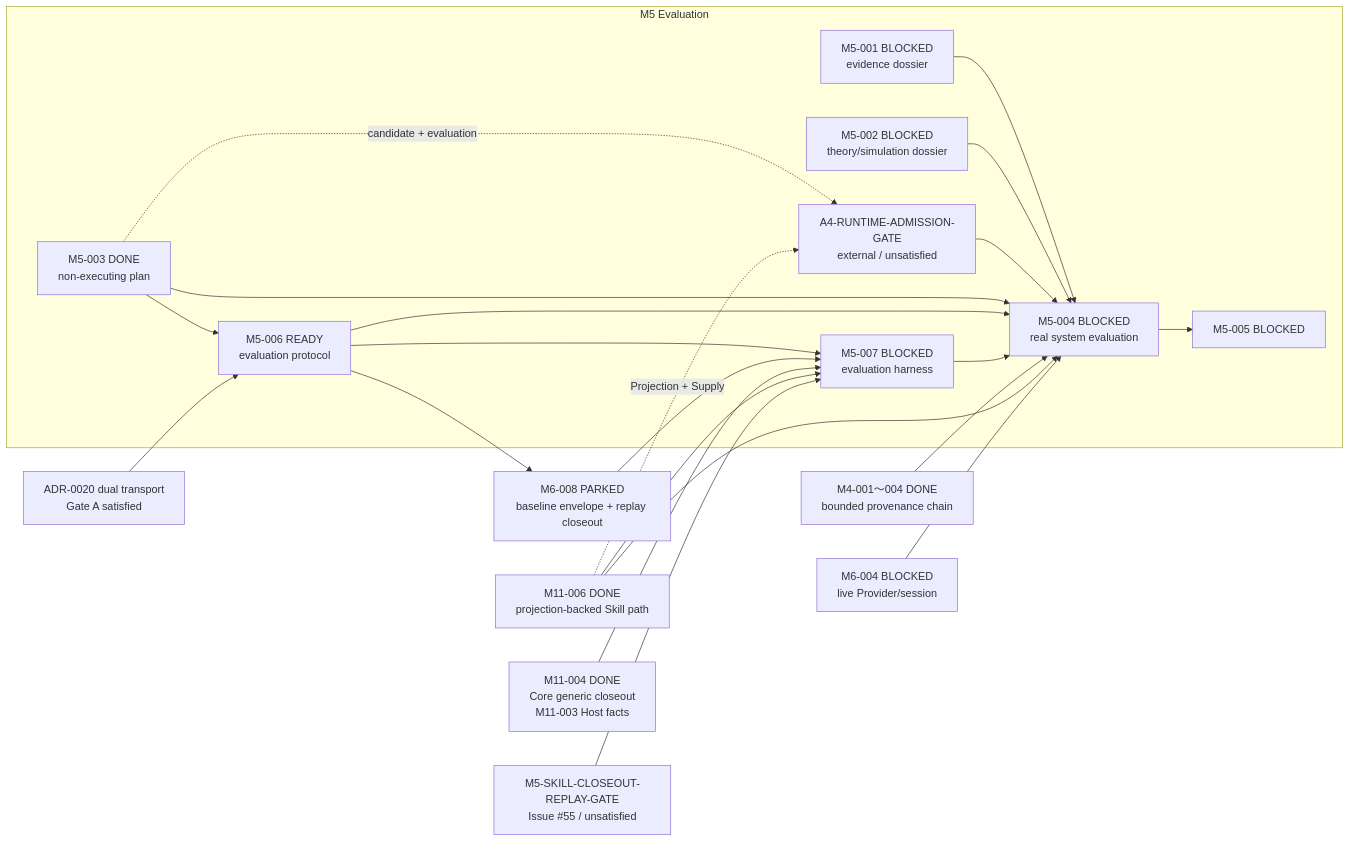
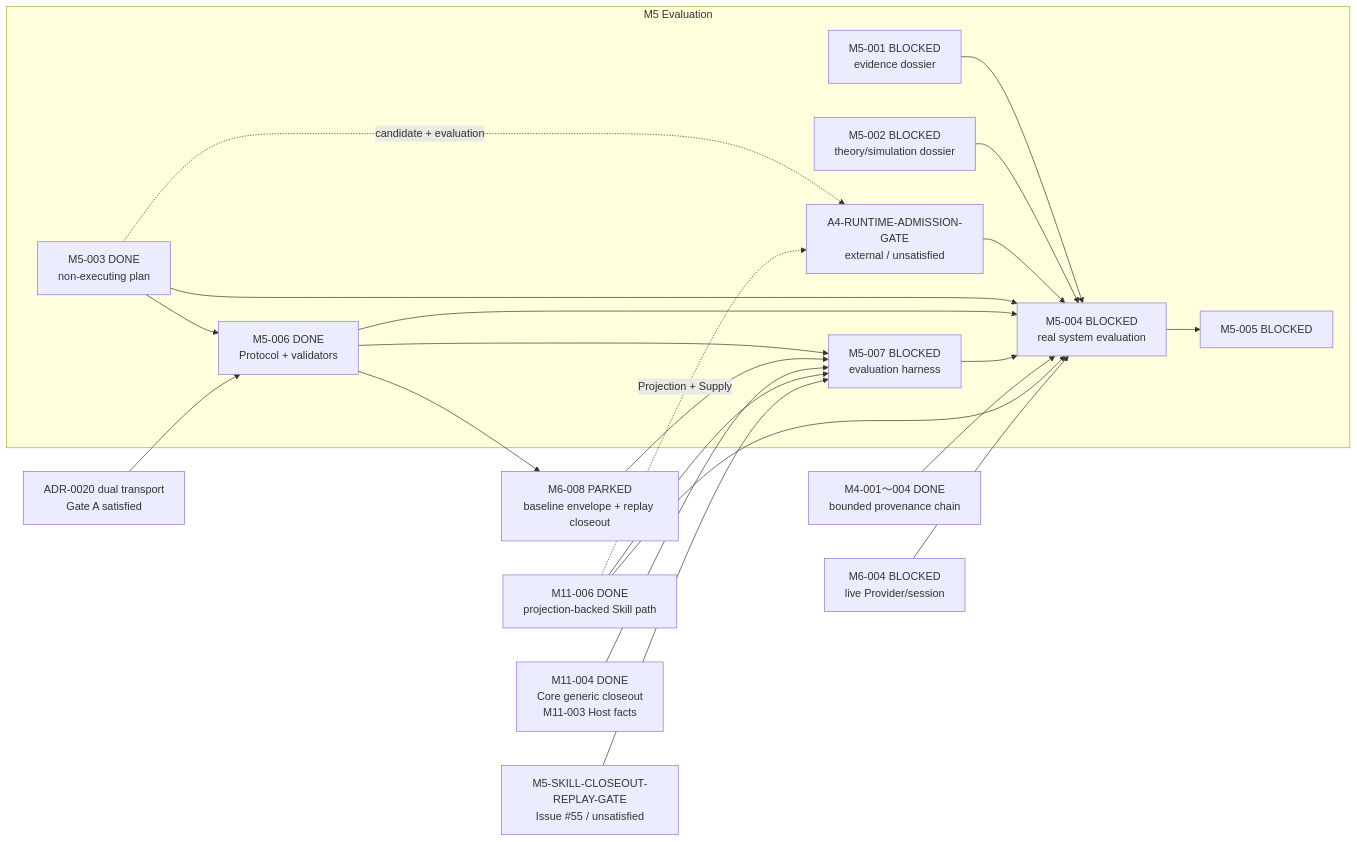
One commit to Chengyue-Lu/research-agent-workbench changed the third of 5 diagrams in docs/M_SERIES_IMPLEMENTATION_MAP.md. Above: the diagram before and after it, drawn with Mermaid. The commit also changed other lines of this file and 11 other files, not shown here.

````diff
--- a/docs/M_SERIES_IMPLEMENTATION_MAP.md
+++ b/docs/M_SERIES_IMPLEMENTATION_MAP.md
@@ -99,26 +99,26 @@
 ```mermaid
 flowchart LR
     subgraph M5["M5 Evaluation"]
         M5001["M5-001 BLOCKED<br/>evidence dossier"] --> M5004["M5-004 BLOCKED<br/>real system evaluation"]
         M5002["M5-002 BLOCKED<br/>theory/simulation dossier"] --> M5004
-        M5003["M5-003 DONE<br/>non-executing plan"] --> M5006["M5-006 READY<br/>evaluation protocol"]
+        M5003["M5-003 DONE<br/>non-executing plan"] --> M5006["M5-006 DONE<br/>Protocol + validators"]
         M5006 --> M5007["M5-007 BLOCKED<br/>evaluation harness"]
         M5003 -. "candidate + evaluation" .-> A4G["A4-RUNTIME-ADMISSION-GATE<br/>external / unsatisfied"]
         A4G --> M5004
         M5003 --> M5004
         M5006 --> M5004
         M5007 --> M5004
         M5004 --> M5005["M5-005 BLOCKED"]
     end
 
     M4Done["M4-001～004 DONE<br/>bounded provenance chain"] --> M5004
     BTG["ADR-0020 dual transport<br/>Gate A satisfied"] --> M5006
     M5006 --> M6008["M6-008 PARKED<br/>baseline envelope + replay closeout"]
     M6008 --> M5007
     M1104["M11-004 DONE<br/>Core generic closeout<br/>M11-003 Host facts"] --> M5007
     M1106["M11-006 DONE<br/>projection-backed Skill path"] --> M5007
     SCG["M5-SKILL-CLOSEOUT-REPLAY-GATE<br/>Issue #55 / unsatisfied"] --> M5007
     M1106 -. "Projection + Supply" .-> A4G
     M1106 --> M5004
     M6004["M6-004 BLOCKED<br/>live Provider/session"] --> M5004
 ```
````
